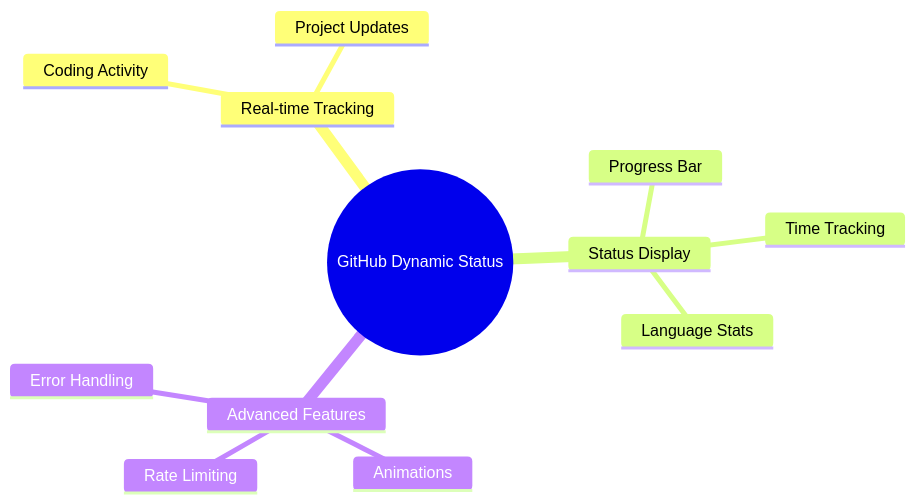
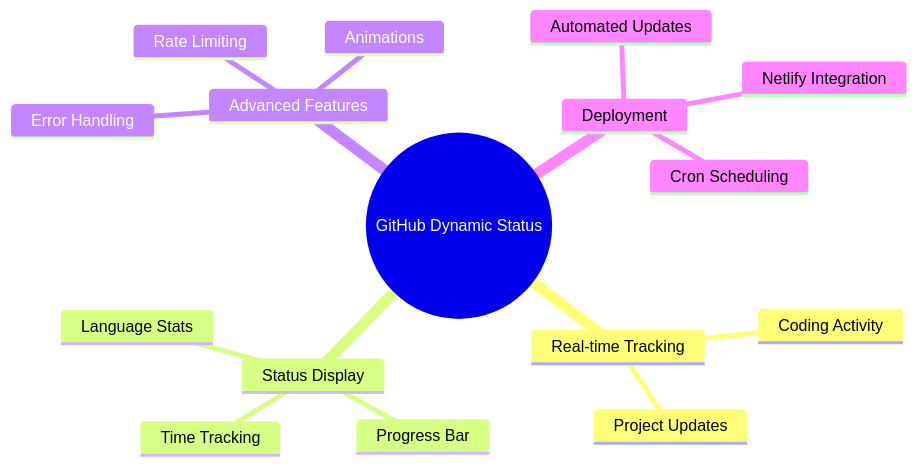
Before and after one commit to lohitkolluri/GitHub-Dynamic-Status: the diagram in README.md, drawn with Mermaid. The commit also changed other lines of this file and 12 other files, not shown here.

````diff
--- a/README.md
+++ b/README.md
@@ -28,15 +29,19 @@
 ```mermaid
 mindmap
   root((GitHub Dynamic Status))
     Real-time Tracking
       Coding Activity
       Project Updates
     Status Display
       Progress Bar
       Time Tracking
       Language Stats
     Advanced Features
       Animations
       Rate Limiting
       Error Handling
+    Deployment
+      Netlify Integration
+      Automated Updates
+      Cron Scheduling
 ```
````
